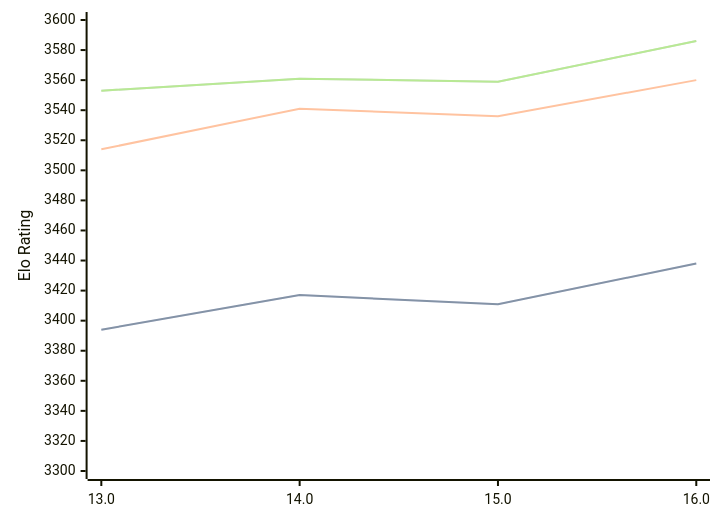
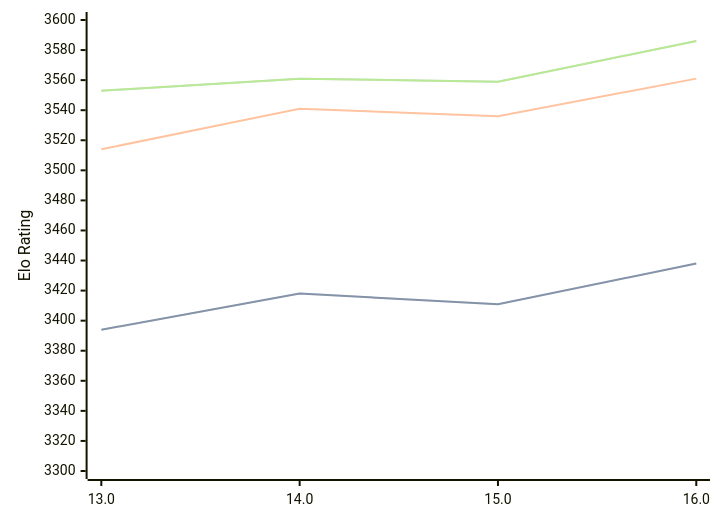
One commit to computer-chess-index/cci changed the diagram in engines/Obsidian.md. Above: the diagram before and after it, drawn with Mermaid. The commit also changed other lines of this file, not shown here.

````diff
--- a/engines/Obsidian.md
+++ b/engines/Obsidian.md
@@ -34,11 +34,11 @@
 ```mermaid
 %%{init: {"theme":"base","themeVariables":{"seriesColors:['#a3a3a3','#222221','#faa371']}}}%%
 xychart-beta
   x-axis ["13.0", "14.0", "15.0", "16.0"]
   y-axis "Elo Rating" 3300 --> 3600
-  line "" [3394, 3417, 3411, 3438]
-  line "STC (8.0+0.08s)" [3394, 3417, 3411, 3438]
-  line "LTC (60.0+0.60s)" [3514, 3541, 3536, 3560]
+  line "" [3394, 3418, 3411, 3438]
+  line "STC (8.0+0.08s)" [3394, 3418, 3411, 3438]
+  line "LTC (60.0+0.60s)" [3514, 3541, 3536, 3561]
   line "" [3553, 3561, 3559, 3586]
   line "VLTC (2m24s+1.12s)" [3553, 3561, 3559, 3586]
 ```
````
